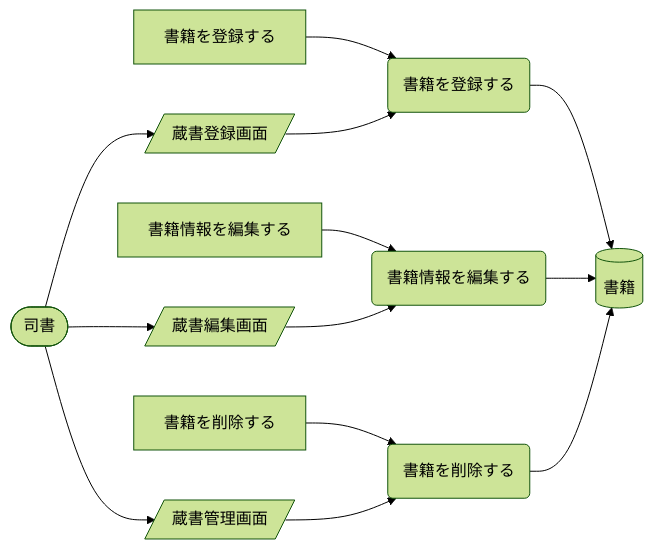
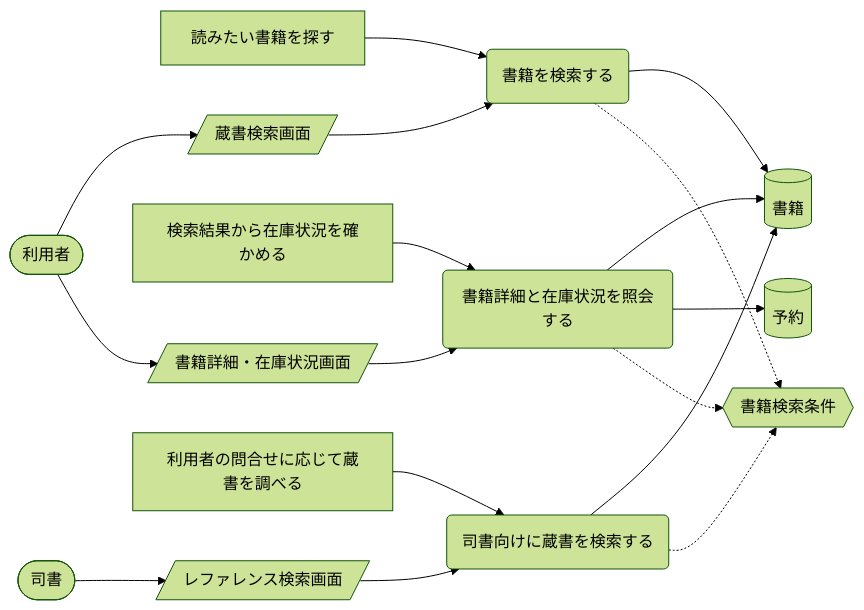
One commit to suwa-sh/suwa-sh-claude-plugins changed the third of 13 diagrams in samples/distillery/pipeline/rdra/latest/views/04_UC複合図.md. Above: the diagram before and after it, drawn with Mermaid (forest theme). The commit also changed other lines of this file and 1723 other files, not shown here.

````diff
--- a/samples/distillery/pipeline/rdra/latest/views/04_UC複合図.md
+++ b/samples/distillery/pipeline/rdra/latest/views/04_UC複合図.md
@@ -12,26 +132,33 @@
 ```mermaid
 graph LR
-  UC1("書籍を登録する")
-  AT1["書籍を登録する"]
+  UC1("書籍を検索する")
+  AT1["読みたい書籍を探す"]
   IF1[("書籍")]
-  SC1[/"蔵書登録画面"/]
-  AC1(["司書"])
-  UC2("書籍情報を編集する")
-  AT2["書籍情報を編集する"]
-  SC2[/"蔵書編集画面"/]
-  UC3("書籍を削除する")
-  AT3["書籍を削除する"]
-  SC3[/"蔵書管理画面"/]
+  CD1{{"書籍検索条件"}}
+  SC1[/"蔵書検索画面"/]
+  AC1(["利用者"])
+  UC2("書籍詳細と在庫状況を照会する")
+  AT2["検索結果から在庫状況を確かめる"]
+  IF2[("予約")]
+  SC2[/"書籍詳細・在庫状況画面"/]
+  UC3("司書向けに蔵書を検索する")
+  AT3["利用者の問合せに応じて蔵書を調べる"]
+  SC3[/"レファレンス検索画面"/]
+  AC2(["司書"])
   AT1 --> UC1
   UC1 --> IF1
+  UC1 -.-> CD1
   AC1 --> SC1
   SC1 --> UC1
   AT2 --> UC2
   UC2 --> IF1
+  UC2 --> IF2
+  UC2 -.-> CD1
   AC1 --> SC2
   SC2 --> UC2
   AT3 --> UC3
   UC3 --> IF1
-  AC1 --> SC3
+  UC3 -.-> CD1
+  AC2 --> SC3
   SC3 --> UC3
 ```
````
